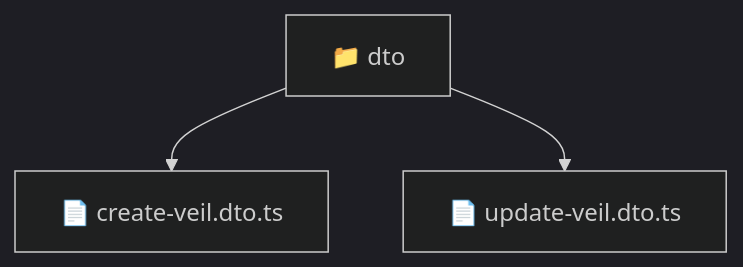
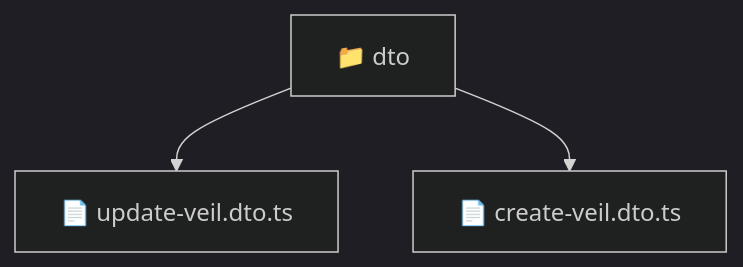
The diagram in backend/src/modules/veil/presentation/dto/README.md (beginwebdev2002/fullstack-mavluda), drawn with Mermaid (dark theme) before and after one commit. The commit also changed other lines of this file and 164 other files, not shown here.

First line of the commit message:
docs: generate robust autonomous architectural documentation

````diff
--- a/backend/src/modules/veil/presentation/dto/README.md
+++ b/backend/src/modules/veil/presentation/dto/README.md
@@ -9,6 +11,6 @@
 ```mermaid
 graph TD
-  Root["📁 dto"]
-  Root --> create_veil_dto_ts["📄 create-veil.dto.ts"]
-  Root --> update_veil_dto_ts["📄 update-veil.dto.ts"]
+    f_dto["📁 dto"]
+    f_dto --> f_update_veil_dto_ts["📄 update-veil.dto.ts"]
+    f_dto --> f_create_veil_dto_ts["📄 create-veil.dto.ts"]
 ```
````
